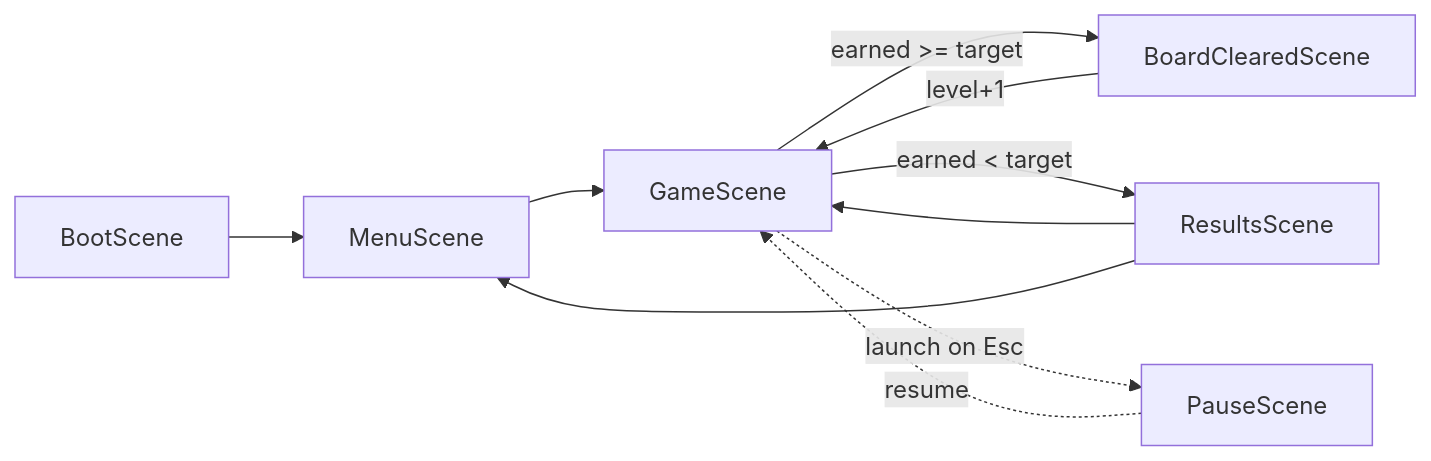
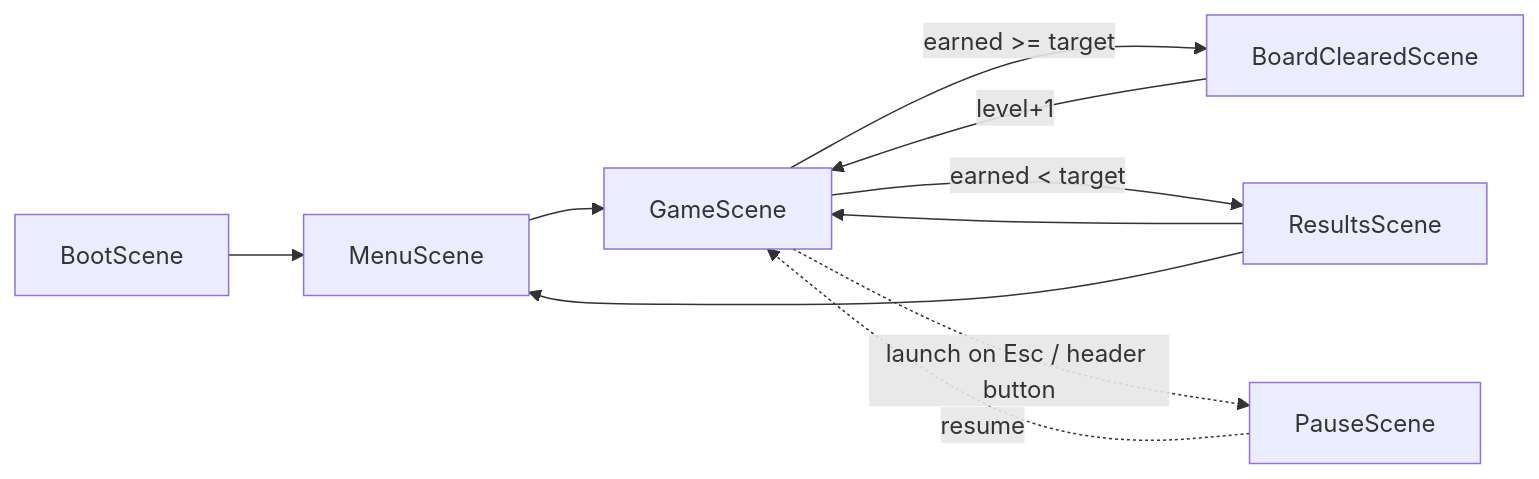
The diagram in ARCHITECTURE.md (russellmorgan/UnderConstruction), drawn with Mermaid before and after one commit. The commit also changed other lines of this file and 2 other files, not shown here.

Commit message:
Move ball count into the score plaque and add a header pause button
Score plaque widened 208px to 280px so SCORE and BALLS share one sign with
the BOOST readout still clear of it; BALLS uses the same painted signText
caption as SCORE with the count right-aligned at x 288. The freed top-right
plaque (132px to 64px) now holds a drawn play/pause toggle wired to
GameScene.pauseGame, glyph flipping on the scene resume event. Barker sign
sway removed — the 0.9-degree idle rotation made the line hard to read.

````diff
--- a/ARCHITECTURE.md
+++ b/ARCHITECTURE.md
@@ -33,12 +33,12 @@
 ```mermaid
 graph LR
   Boot[BootScene] --> Menu[MenuScene]
   Menu --> Game[GameScene]
   Game -->|earned >= target| Cleared[BoardClearedScene]
   Cleared -->|level+1| Game
   Game -->|earned < target| Results[ResultsScene]
   Results --> Game
   Results --> Menu
-  Game -.launch on Esc.-> Pause[PauseScene]
+  Game -.launch on Esc / header button.-> Pause[PauseScene]
   Pause -.resume.-> Game
 ```
````
